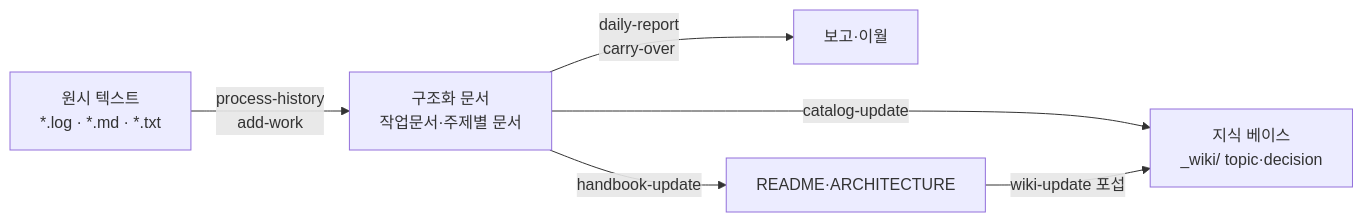
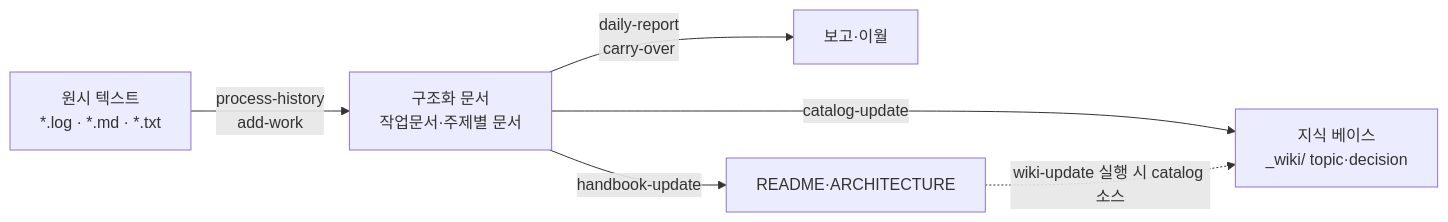
One commit to mzd-nrkim/loregist changed the seventh of 7 diagrams in ARCHITECTURE.md. Above: the diagram before and after it, drawn with Mermaid. The commit also changed other lines of this file, not shown here.

First line of the commit message:
docs(architecture): 문서 일관성·구조 정비

````diff
--- a/ARCHITECTURE.md
+++ b/ARCHITECTURE.md
@@ -324,12 +324,12 @@
 ```mermaid
 flowchart LR
     RAW["원시 텍스트\n*.log · *.md · *.txt"]
     DOC["구조화 문서\n작업문서·주제별 문서"]
     KB["지식 베이스\n_wiki/ topic·decision"]
 
     RAW -->|"process-history\nadd-work"| DOC
     DOC -->|"daily-report\ncarry-over"| OUT["보고·이월"]
     DOC -->|"handbook-update"| HB["README·ARCHITECTURE"]
     DOC -->|"catalog-update"| KB
-    HB -->|"wiki-update 포섭"| KB
+    HB -.->|"wiki-update 실행 시 catalog 소스"| KB
 ```
````
